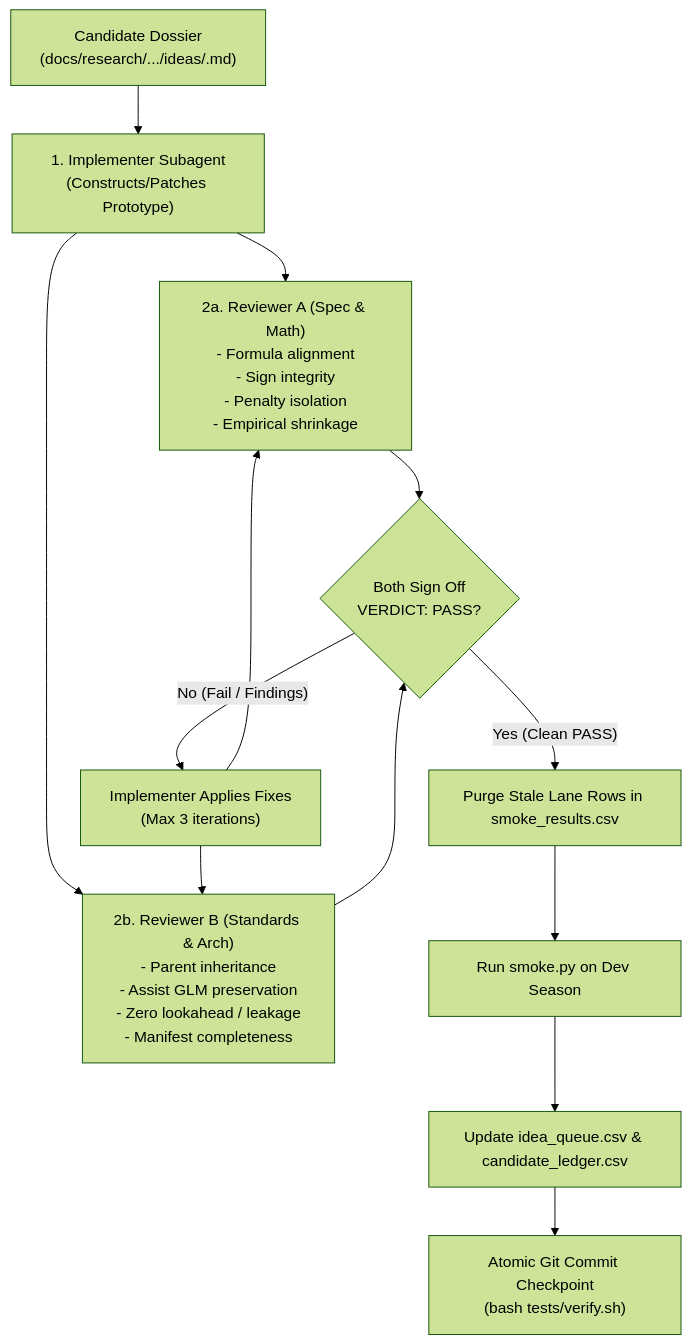
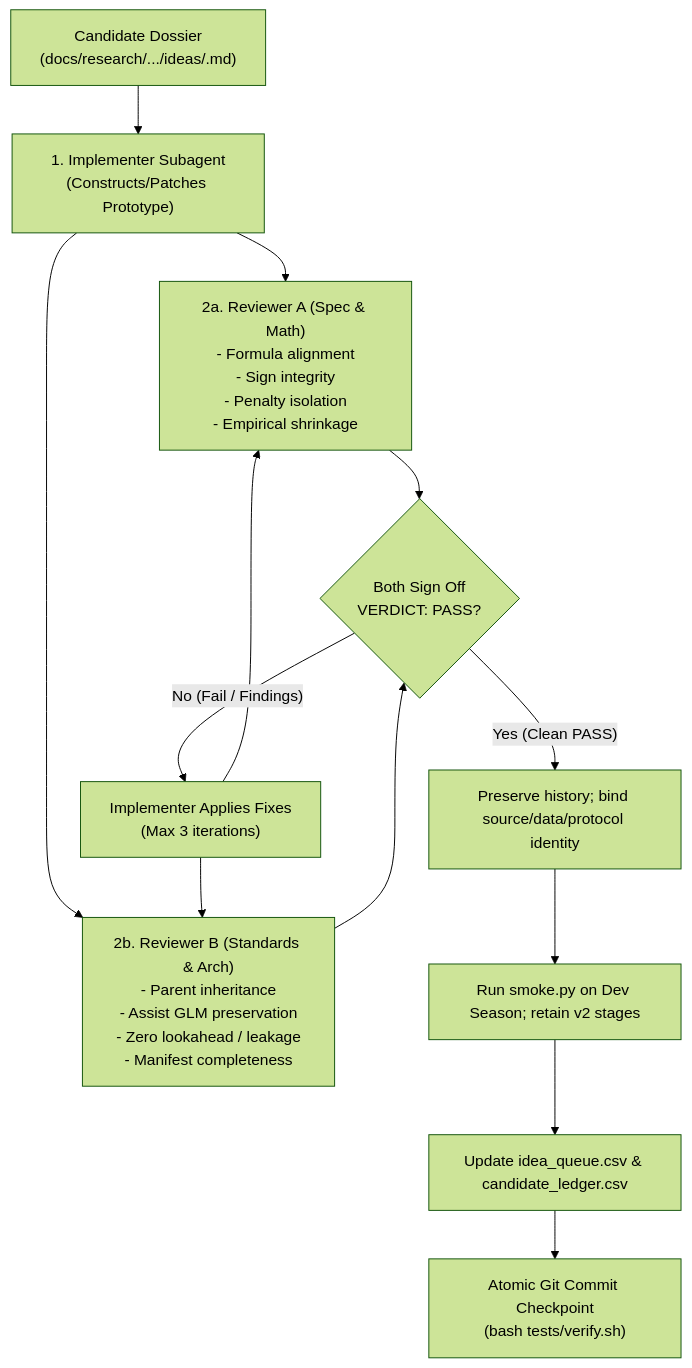
Before and after one commit to JubileeZ/fpl-jubilee-ascent: the diagram in .agents/skills/explore-candidate/SKILL.md, drawn with Mermaid (forest theme). The commit also changed other lines of this file and 26 other files, not shown here.

Commit message:
fix(backtesting): retain smoke stage evidence and audit promotion readiness

````diff
--- a/.agents/skills/explore-candidate/SKILL.md
+++ b/.agents/skills/explore-candidate/SKILL.md
@@ -125,13 +125,13 @@
 ```mermaid
 flowchart TD
     Dossier["Candidate Dossier<br/>(docs/research/.../ideas/<id>.md)"] --> Imp["1. Implementer Subagent<br/>(Constructs/Patches Prototype)"]
     Imp --> RevA["2a. Reviewer A (Spec & Math)<br/>- Formula alignment<br/>- Sign integrity<br/>- Penalty isolation<br/>- Empirical shrinkage"]
     Imp --> RevB["2b. Reviewer B (Standards & Arch)<br/>- Parent inheritance<br/>- Assist GLM preservation<br/>- Zero lookahead / leakage<br/>- Manifest completeness"]
     RevA & RevB --> Gate{"Both Sign Off<br/>VERDICT: PASS?"}
     Gate -- "No (Fail / Findings)" --> Fix["Implementer Applies Fixes<br/>(Max 3 iterations)"]
     Fix --> RevA & RevB
-    Gate -- "Yes (Clean PASS)" --> Purge["Purge Stale Lane Rows in smoke_results.csv"]
-    Purge --> Exec["Run smoke.py on Dev Season"]
+    Gate -- "Yes (Clean PASS)" --> Identity["Preserve history; bind source/data/protocol identity"]
+    Identity --> Exec["Run smoke.py on Dev Season; retain v2 stages"]
     Exec --> Ledger["Update idea_queue.csv & candidate_ledger.csv"]
     Ledger --> Checkpoint["Atomic Git Commit Checkpoint<br/>(bash tests/verify.sh)"]
 ```
````
